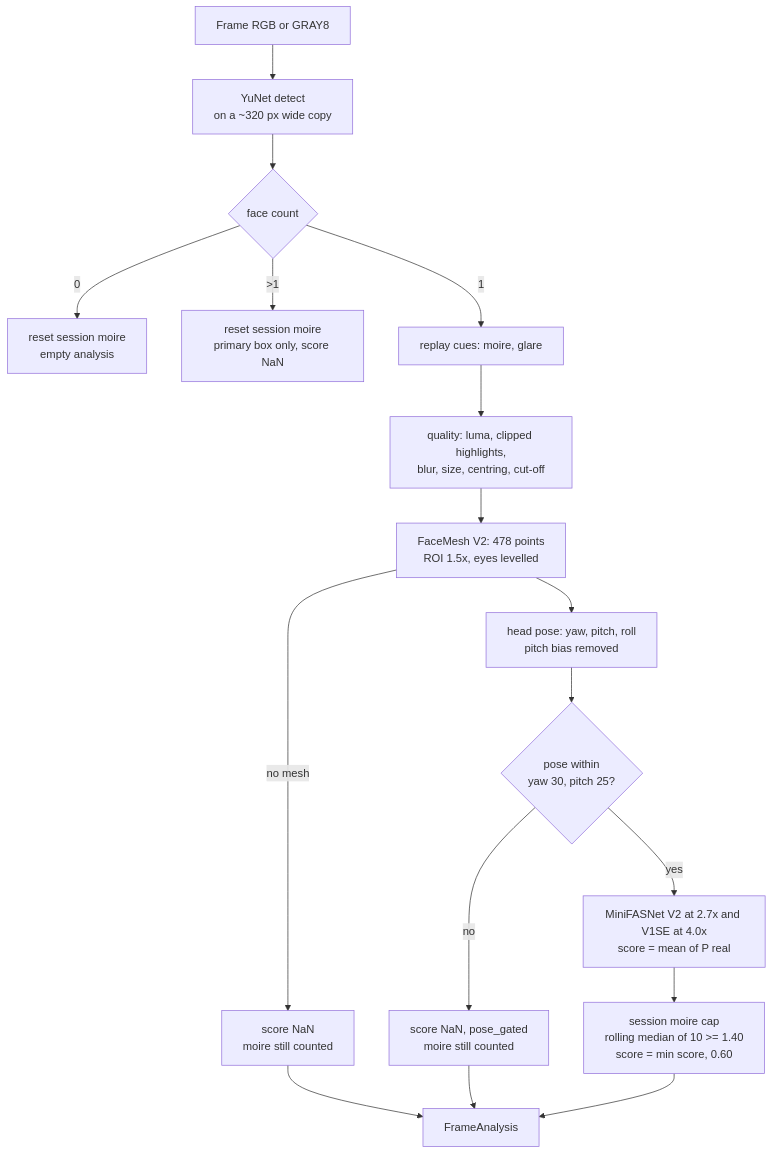
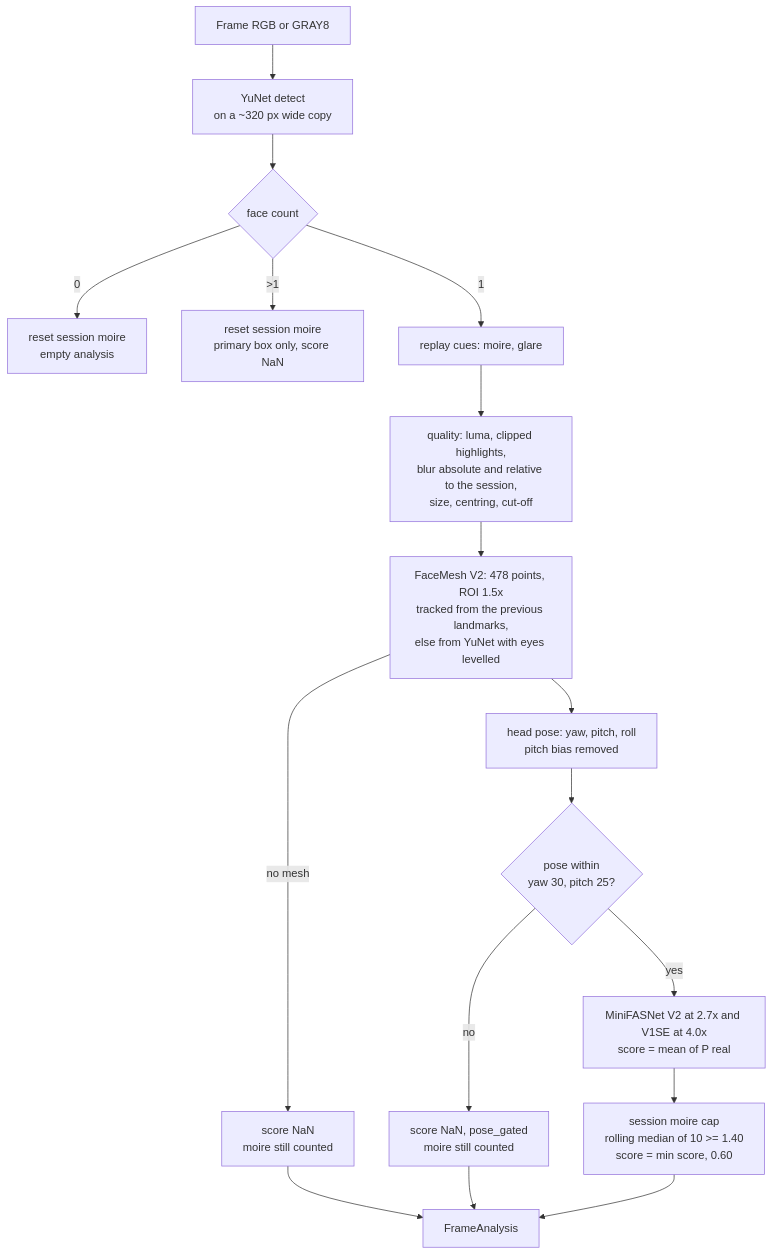
Before and after one commit to ChadDadChag/Mosip26: the first of 3 diagrams in docs/part2-pad-architecture.md, drawn with Mermaid. The commit also changed other lines of this file and 2 other files, not shown here.

````diff
--- a/docs/part2-pad-architecture.md
+++ b/docs/part2-pad-architecture.md
@@ -13,19 +13,19 @@
 ```mermaid
 flowchart TD
     F[Frame RGB or GRAY8] --> D[YuNet detect<br/>on a ~320 px wide copy]
     D --> C{face count}
     C -- 0 --> R0[reset session moire<br/>empty analysis]
     C -- ">1" --> R2[reset session moire<br/>primary box only, score NaN]
     C -- 1 --> RC[replay cues: moire, glare]
-    RC --> Q[quality: luma, clipped highlights,<br/>blur, size, centring, cut-off]
-    Q --> M[FaceMesh V2: 478 points<br/>ROI 1.5x, eyes levelled]
+    RC --> Q[quality: luma, clipped highlights,<br/>blur absolute and relative to the session,<br/>size, centring, cut-off]
+    Q --> M[FaceMesh V2: 478 points, ROI 1.5x<br/>tracked from the previous landmarks,<br/>else from YuNet with eyes levelled]
     M -- no mesh --> NM[score NaN<br/>moire still counted]
     M --> P[head pose: yaw, pitch, roll<br/>pitch bias removed]
     P --> G{pose within<br/>yaw 30, pitch 25?}
     G -- no --> PG[score NaN, pose_gated<br/>moire still counted]
     G -- yes --> PAD[MiniFASNet V2 at 2.7x and V1SE at 4.0x<br/>score = mean of P real]
     PAD --> CAP[session moire cap<br/>rolling median of 10 >= 1.40<br/>score = min score, 0.60]
     CAP --> FA[FrameAnalysis]
     NM --> FA
     PG --> FA
 ```
````
